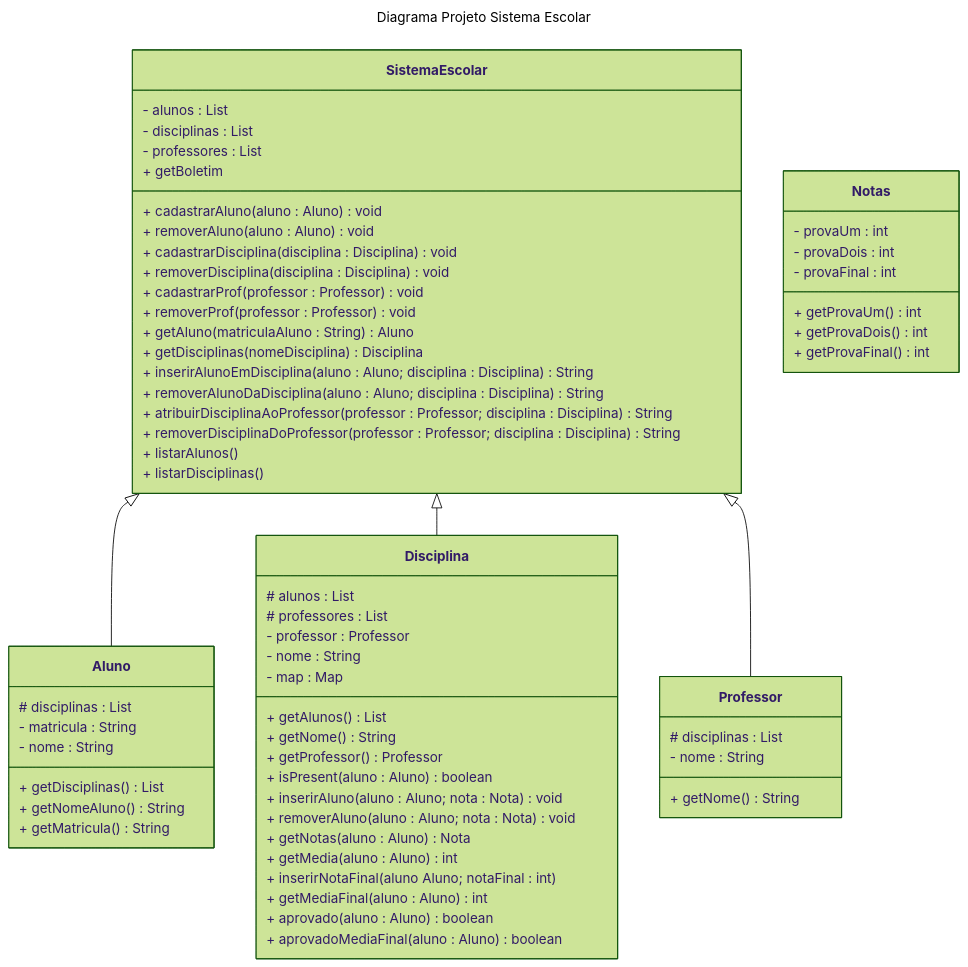
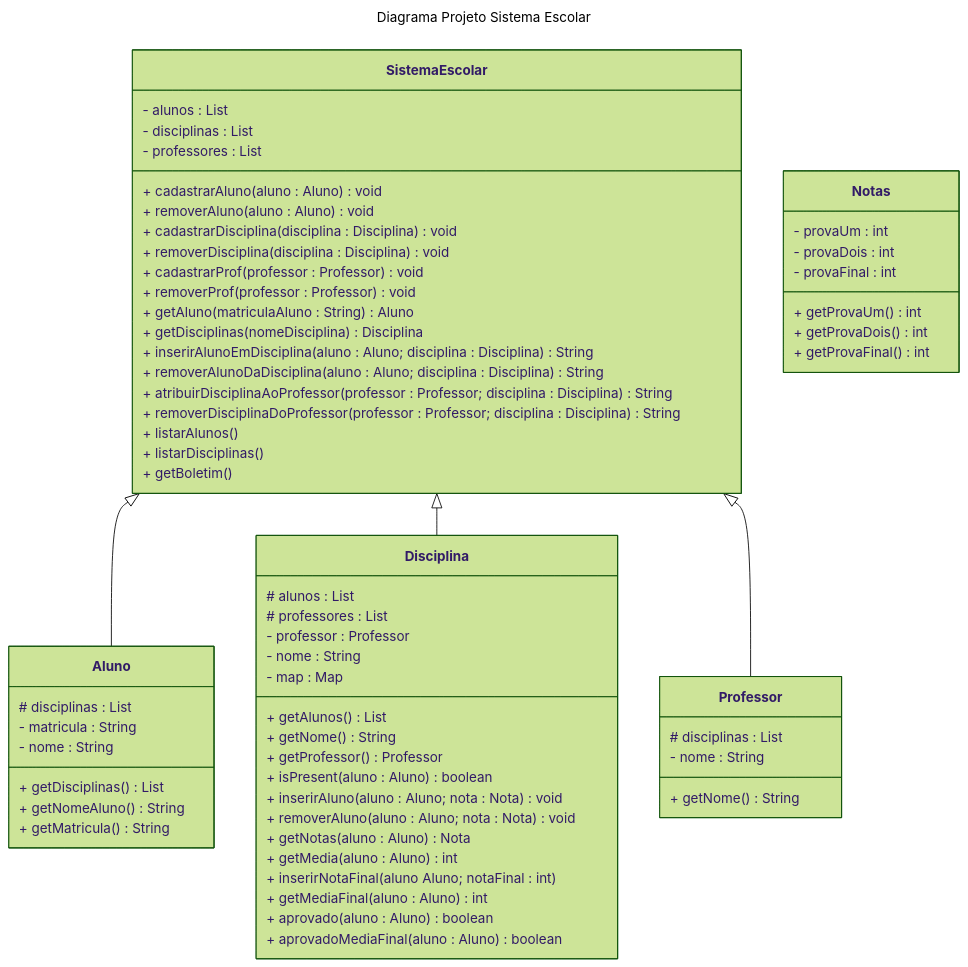
One commit to vSteps/POO changed the diagram in Projeto_POO/diagrama.md. Above: the diagram before and after it, drawn with Mermaid (forest theme).

````diff
--- a/Projeto_POO/diagrama.md
+++ b/Projeto_POO/diagrama.md
@@ -1,74 +1,74 @@
 ```mermaid
 ---
 title: Diagrama Projeto Sistema Escolar
 ---
 classDiagram
     SistemaEscolar <|-- Aluno
     SistemaEscolar <|-- Disciplina
     SistemaEscolar <|-- Professor
 
-    
+
     class SistemaEscolar{
          - alunos : List<Aluno>
          - disciplinas : List<Disciplina>
          - professores : List<Professor>
          + cadastrarAluno(aluno : Aluno) void
          + removerAluno(aluno : Aluno) void
          + cadastrarDisciplina(disciplina : Disciplina) void
          + removerDisciplina(disciplina : Disciplina) void
          + cadastrarProf(professor : Professor) void
          + removerProf(professor : Professor) void
          + getAluno(matriculaAluno : String) Aluno
          + getDisciplinas(nomeDisciplina) Disciplina
          + inserirAlunoEmDisciplina(aluno : Aluno; disciplina : Disciplina) String
          + removerAlunoDaDisciplina(aluno : Aluno; disciplina : Disciplina) String
          + atribuirDisciplinaAoProfessor(professor : Professor; disciplina : Disciplina) String
          + removerDisciplinaDoProfessor(professor : Professor; disciplina : Disciplina) String
          + listarAlunos()
          + listarDisciplinas()
-        + getBoletim
+         + getBoletim()
     }
     class Aluno{
         # disciplinas : List<Disciplina>
         - matricula : String
         - nome : String
         + getDisciplinas() List<Disciplina>
         + getNomeAluno() String
         + getMatricula() String
         
     }
     class Disciplina{
         # alunos : List<Aluno>
         # professores : List<Professor>
         - professor : Professor
         - nome : String
         - map : Map<Aluno, Nota>
         + getAlunos() List<Aluno>
         + getNome()  String
         + getProfessor()  Professor
         + isPresent(aluno : Aluno)  boolean
         + inserirAluno(aluno : Aluno; nota : Nota)  void
         + removerAluno(aluno : Aluno; nota : Nota)  void
         + getNotas(aluno : Aluno)  Nota
         + getMedia(aluno : Aluno)  int
         + inserirNotaFinal(aluno  Aluno; notaFinal : int)
         + getMediaFinal(aluno : Aluno)  int
         + aprovado(aluno : Aluno)  boolean
         + aprovadoMediaFinal(aluno : Aluno)  boolean
     }
     class Professor{
         # disciplinas : List<Disciplina>
         - nome : String
         + getNome()  String
     }
 
     class Notas{
         - provaUm : int
         - provaDois : int
         - provaFinal : int
         + getProvaUm()  int
         + getProvaDois()  int
         + getProvaFinal()  int
     }
 
 ```
````
